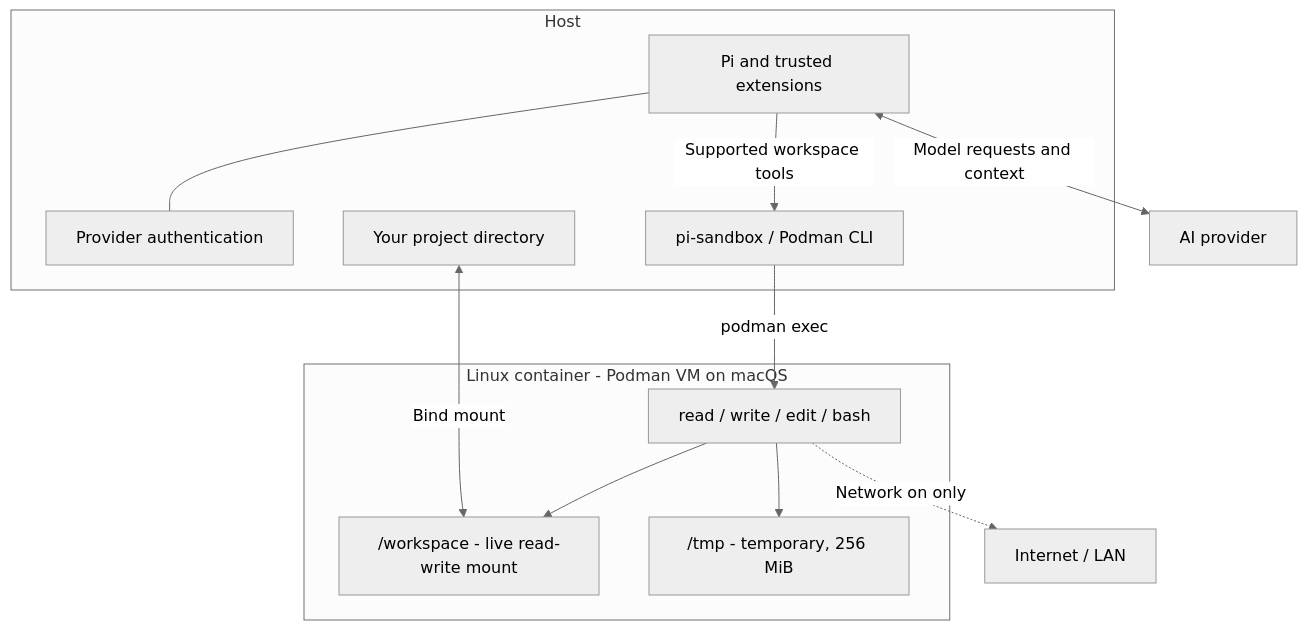
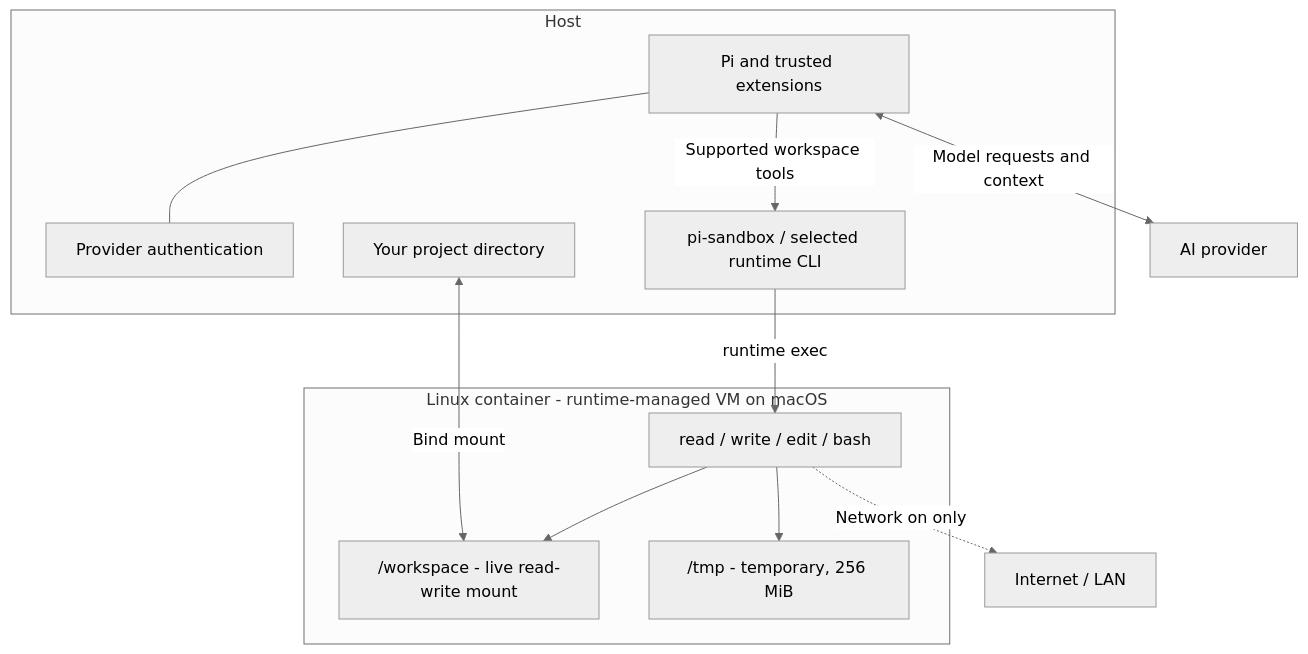
The diagram in README.md (elmahdim/pi-sandbox), drawn with Mermaid (neutral theme) before and after one commit. The commit also changed other lines of this file and 16 other files, not shown here.

Commit message:
Add Apple Container runtime, sandbox settings, and live metrics

````diff
--- a/README.md
+++ b/README.md
@@ -9,23 +9,23 @@
 ```mermaid
 flowchart TB
     subgraph host[Host]
         pi[Pi and trusted extensions]
         auth[Provider authentication]
         project[Your project directory]
-        cli[pi-sandbox / Podman CLI]
+        cli[pi-sandbox / selected runtime CLI]
         pi --- auth
         pi -->|Supported workspace tools| cli
     end
     provider[AI provider]
     pi <-->|Model requests and context| provider
-    subgraph sandbox[Linux container - Podman VM on macOS]
+    subgraph sandbox[Linux container - runtime-managed VM on macOS]
         tools[read / write / edit / bash]
         workspace["/workspace - live read-write mount"]
         tmp["/tmp - temporary, 256 MiB"]
         tools --> workspace
         tools --> tmp
     end
-    cli -->|podman exec| tools
+    cli -->|runtime exec| tools
     project <-->|Bind mount| workspace
     tools -.->|Network on only| network[Internet / LAN]
 ```
````
